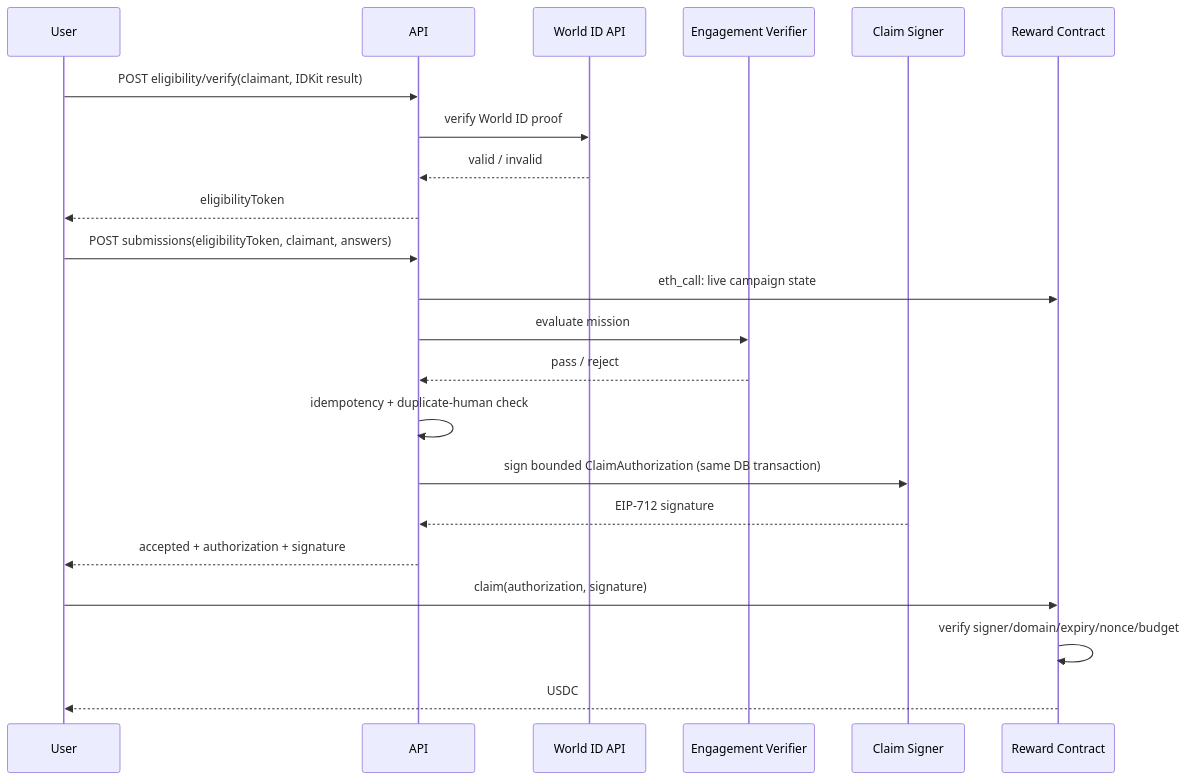
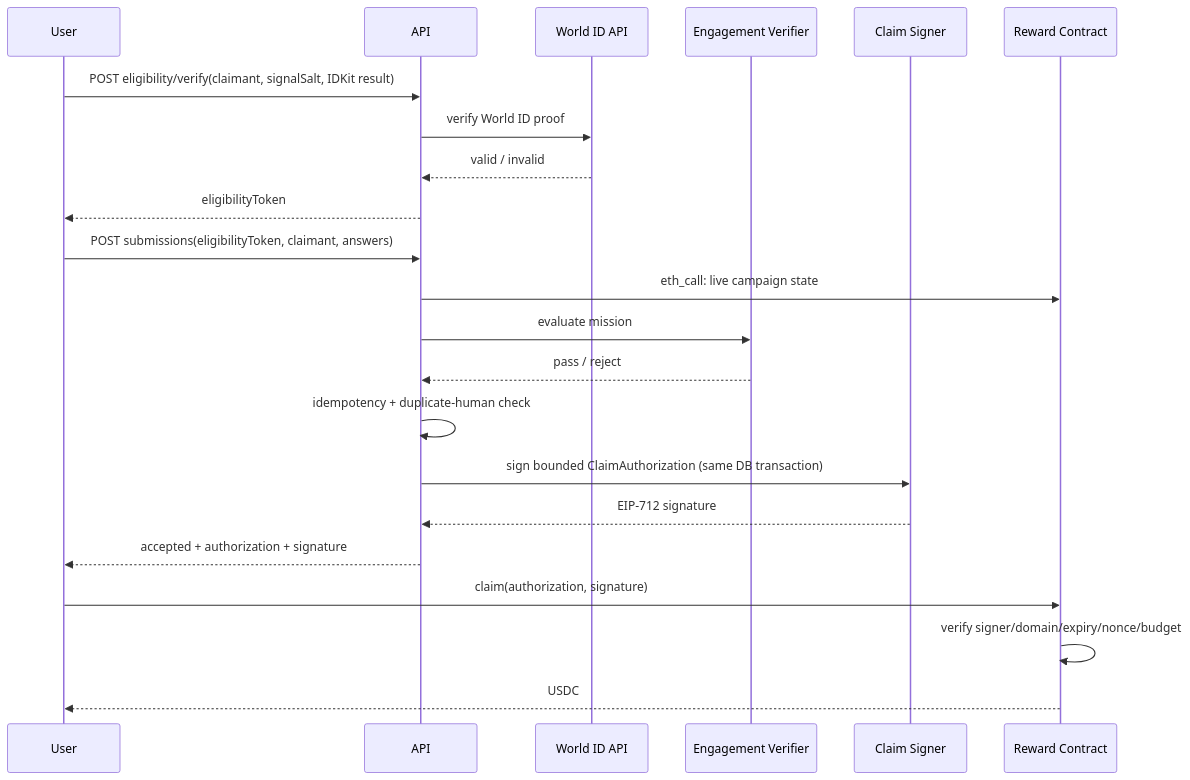
One commit to ChiJiun/verified-human-attention-market changed the diagram in docs/architecture/CLAIM_AUTHORIZATION.md. Above: the diagram before and after it, drawn with Mermaid. The commit also changed 3 other files, not shown here.

Commit message:
docs: verify requests carry signalSalt; the swap test uses a separate result as its control (#71)

````diff
--- a/docs/architecture/CLAIM_AUTHORIZATION.md
+++ b/docs/architecture/CLAIM_AUTHORIZATION.md
@@ -14,25 +14,25 @@
 ```mermaid
 sequenceDiagram
     participant U as User
     participant API as API
     participant W as World ID API
     participant V as Engagement Verifier
     participant S as Claim Signer
     participant C as Reward Contract
 
-    U->>API: POST eligibility/verify(claimant, IDKit result)
+    U->>API: POST eligibility/verify(claimant, signalSalt, IDKit result)
     API->>W: verify World ID proof
     W-->>API: valid / invalid
     API-->>U: eligibilityToken
     U->>API: POST submissions(eligibilityToken, claimant, answers)
     API->>C: eth_call: live campaign state
     API->>V: evaluate mission
     V-->>API: pass / reject
     API->>API: idempotency + duplicate-human check
     API->>S: sign bounded ClaimAuthorization (same DB transaction)
     S-->>API: EIP-712 signature
     API-->>U: accepted + authorization + signature
     U->>C: claim(authorization, signature)
     C->>C: verify signer/domain/expiry/nonce/budget
     C-->>U: USDC
 ```
````
